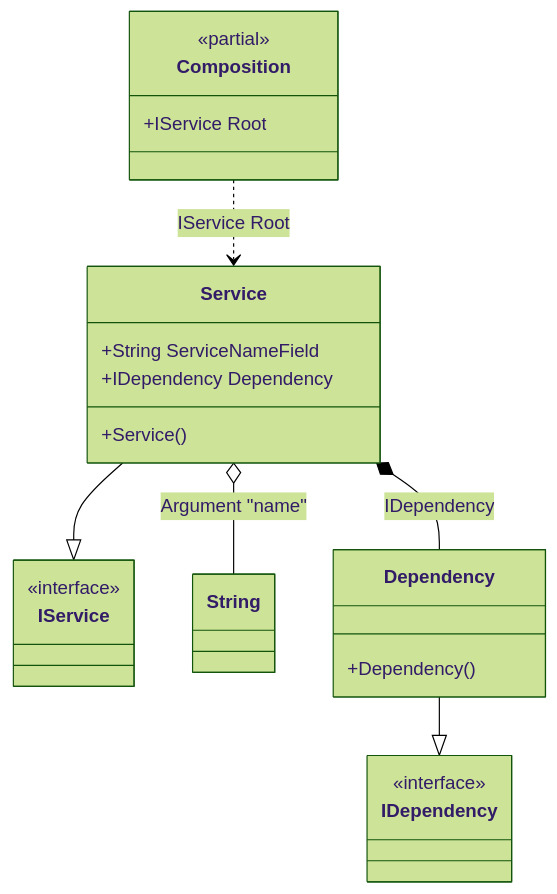
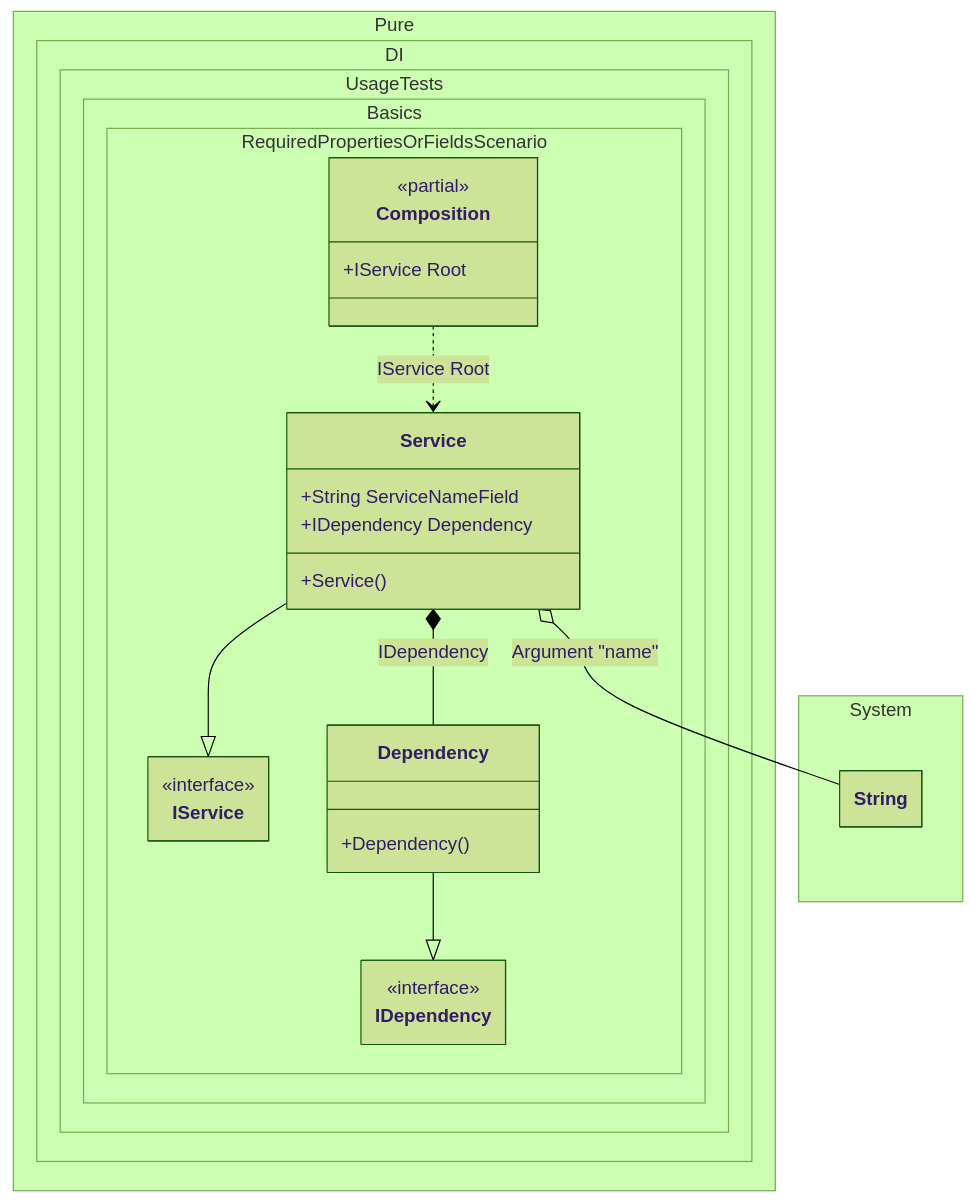
Before and after one commit to DevTeam/Pure.DI: the diagram in readme/required-properties-or-fields.md, drawn with Mermaid (forest theme). The commit also changed 103 other files, not shown here.

Commit message:
Improved class diagrams

````diff
--- a/readme/required-properties-or-fields.md
+++ b/readme/required-properties-or-fields.md
@@ -80,27 +80,37 @@
 ```mermaid
+---
+ config:
+  class:
+   hideEmptyMembersBox: true
+---
 classDiagram
-	class Composition {
-		<<partial>>
-		+IService Root
-	}
 	Service --|> IService
-	class Service {
-		+Service()
-		+String ServiceNameField
-		+IDependency Dependency
-	}
-	class String
 	Dependency --|> IDependency
-	class Dependency {
-		+Dependency()
-	}
-	class IService {
-		<<interface>>
-	}
-	class IDependency {
-		<<interface>>
-	}
 	Composition ..> Service : IService Root
 	Service o-- String : Argument "name"
 	Service *--  Dependency : IDependency
+	namespace Pure.DI.UsageTests.Basics.RequiredPropertiesOrFieldsScenario {
+		class Composition {
+		<<partial>>
+		+IService Root
+		}
+		class Dependency {
+			+Dependency()
+		}
+		class IDependency {
+			<<interface>>
+		}
+		class IService {
+			<<interface>>
+		}
+		class Service {
+			+Service()
+			+String ServiceNameField
+			+IDependency Dependency
+		}
+	}
+	namespace System {
+		class String {
+		}
+	}
 ```
````
